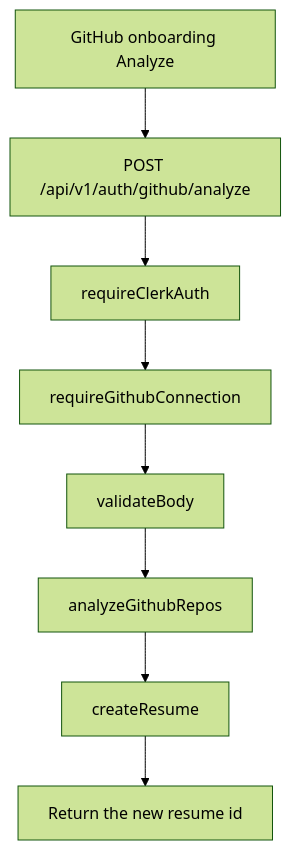
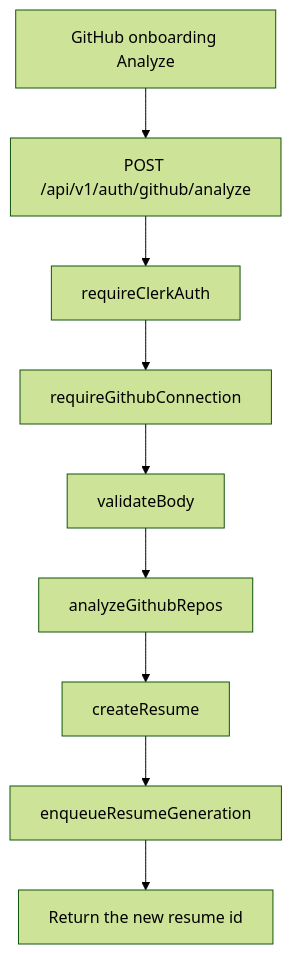
The first of 2 diagrams in docs/architecture/github-analysis/pipeline/README.md (myusubov/tailorcv), drawn with Mermaid (forest theme) before and after one commit. The commit also changed other lines of this file and 52 other files, not shown here.

````diff
--- a/docs/architecture/github-analysis/pipeline/README.md
+++ b/docs/architecture/github-analysis/pipeline/README.md
@@ -61,10 +61,11 @@
 ```mermaid
 flowchart TD
   FE[GitHub onboarding Analyze] --> Route[POST /api/v1/auth/github/analyze]
   Route --> Clerk[requireClerkAuth]
   Clerk --> GitHubAuth[requireGithubConnection]
   GitHubAuth --> Validate[validateBody]
   Validate --> Controller[analyzeGithubRepos]
   Controller --> Service[createResume]
-  Service --> Response[Return the new resume id]
+  Service --> Enqueue[enqueueResumeGeneration]
+  Enqueue --> Response[Return the new resume id]
 ```
````
